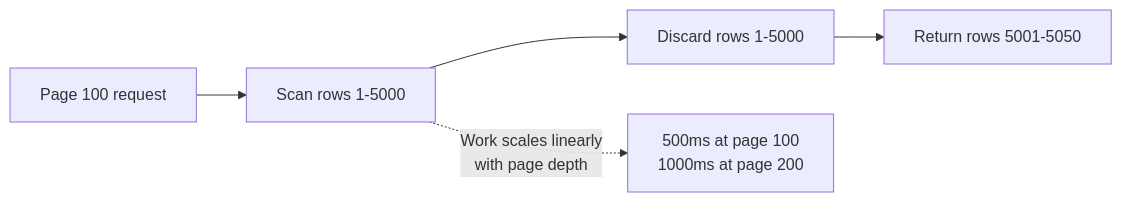
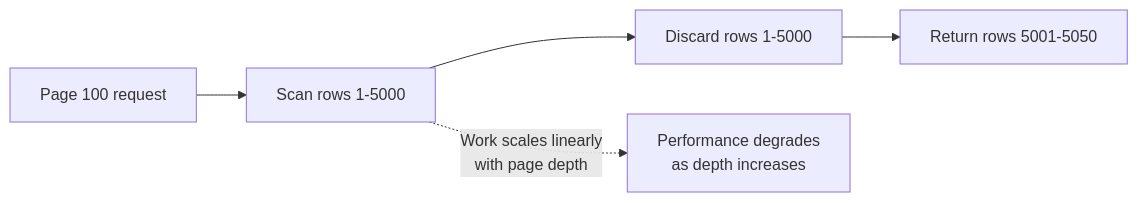
One commit to tuyentranba/log-management-dashboard changed the fifth of 12 diagrams in docs/technical_spec.md. Above: the diagram before and after it, drawn with Mermaid. The commit also changed other lines of this file, not shown here.

````diff
--- a/docs/technical_spec.md
+++ b/docs/technical_spec.md
@@ -186,7 +186,7 @@
 ```mermaid
 graph LR
     A[Page 100 request] --> B[Scan rows 1-5000]
     B --> C[Discard rows 1-5000]
     C --> D[Return rows 5001-5050]
-    B -.->|"Work scales linearly<br/>with page depth"| E[500ms at page 100<br/>1000ms at page 200]
+    B -.->|"Work scales linearly<br/>with page depth"| E[Performance degrades<br/>as depth increases]
 ```
````
